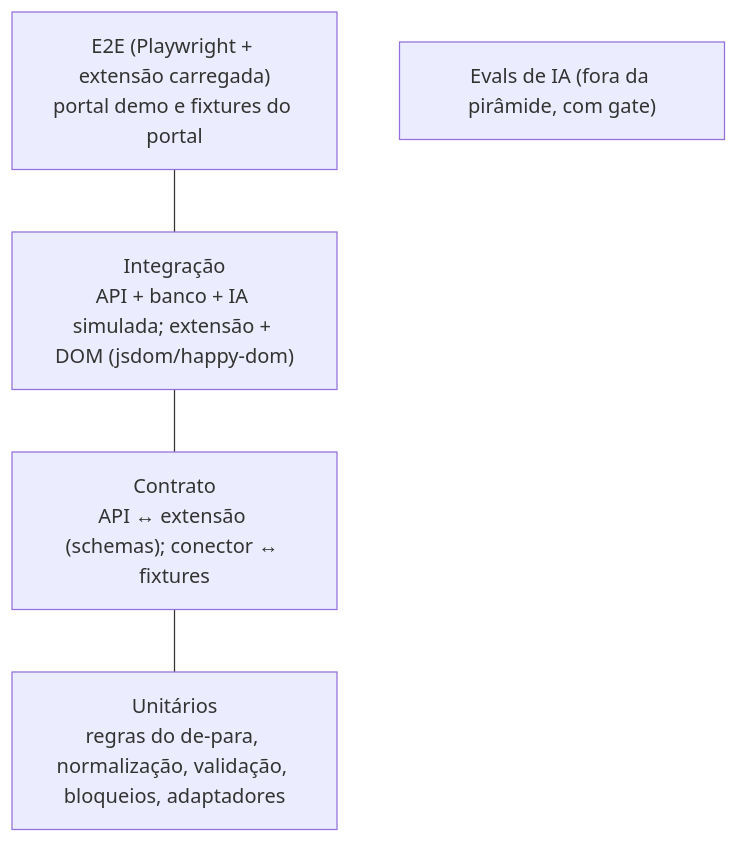
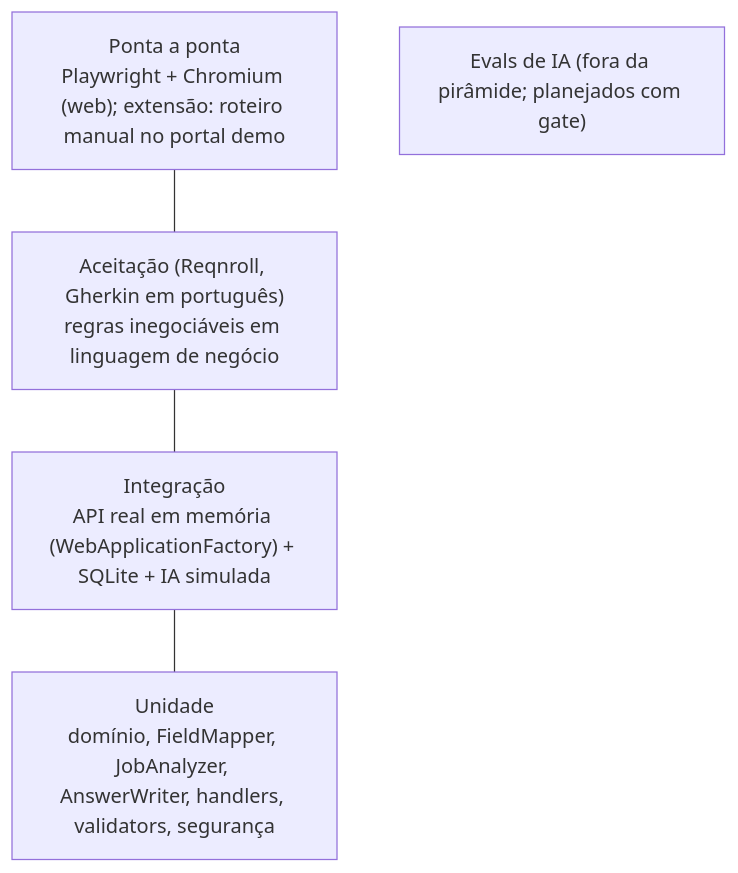
The diagram in docs/04-qualidade/estrategia-de-testes.md (Ranchoneetoo26/ZIFY), drawn with Mermaid before and after one commit. The commit also changed other lines of this file and 21 other files, not shown here.

````diff
--- a/docs/04-qualidade/estrategia-de-testes.md
+++ b/docs/04-qualidade/estrategia-de-testes.md
@@ -31,8 +37,8 @@
 ```mermaid
 flowchart TB
-    E2E["E2E (Playwright + extensão carregada)<br/>portal demo e fixtures do portal"] --- INT
-    INT["Integração<br/>API + banco + IA simulada; extensão + DOM (jsdom/happy-dom)"] --- CON
-    CON["Contrato<br/>API ↔ extensão (schemas); conector ↔ fixtures"] --- UNI
-    UNI["Unitários<br/>regras do de-para, normalização, validação, bloqueios, adaptadores"]
-    EVAL["Evals de IA (fora da pirâmide, com gate)"]
+    E2E["Ponta a ponta<br/>Playwright + Chromium (web); extensão: roteiro manual no portal demo"] --- ACE
+    ACE["Aceitação (Reqnroll, Gherkin em português)<br/>regras inegociáveis em linguagem de negócio"] --- INT
+    INT["Integração<br/>API real em memória (WebApplicationFactory) + SQLite + IA simulada"] --- UNI
+    UNI["Unidade<br/>domínio, FieldMapper, JobAnalyzer, AnswerWriter, handlers, validators, segurança"]
+    EVAL["Evals de IA (fora da pirâmide; planejados com gate)"]
 ```
````
